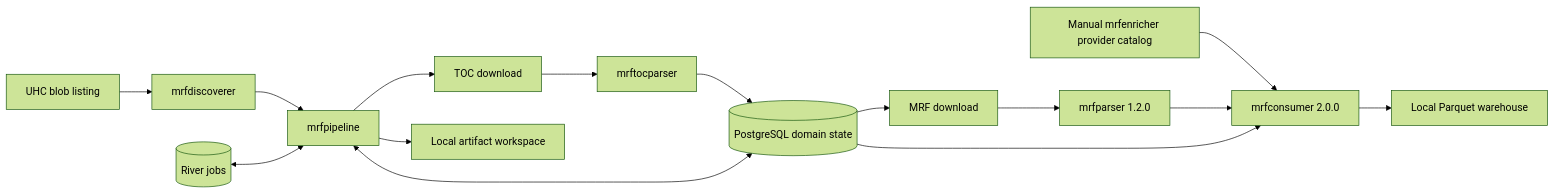
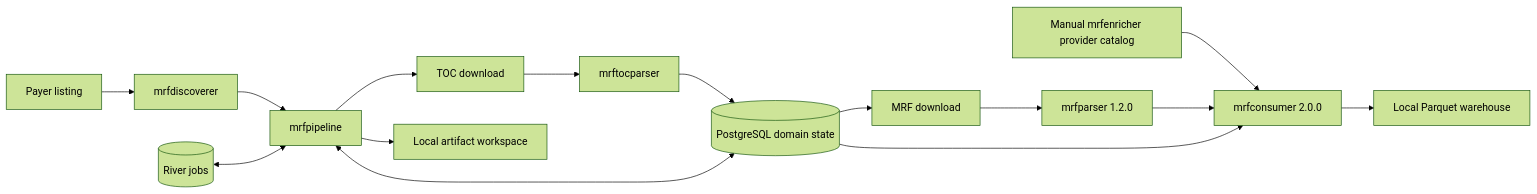
Before and after one commit to EnotPoloskun/mrfpipeline: the second of 4 diagrams in requirements/DESIGN.md, drawn with Mermaid (forest theme). The commit also changed other lines of this file and 6 other files, not shown here.

````diff
--- a/requirements/DESIGN.md
+++ b/requirements/DESIGN.md
@@ -569,21 +571,21 @@
 ```mermaid
 flowchart LR
-    UHC["UHC blob listing"] --> D["mrfdiscoverer"]
+    Listing["Payer listing"] --> D["mrfdiscoverer"]
     D --> O["mrfpipeline"]
 
     O --> TD["TOC download"]
     TD --> TP["mrftocparser"]
     TP --> DB[("PostgreSQL domain state")]
 
     DB --> MD["MRF download"]
     MD --> MP["mrfparser 1.2.0"]
 
     PC["Manual mrfenricher provider catalog"] --> C["mrfconsumer 2.0.0"]
     MP --> C
     DB --> C
     C --> W["Local Parquet warehouse"]
 
     R[("River jobs")] <--> O
     O <--> DB
     O --> A["Local artifact workspace"]
 ```
````
